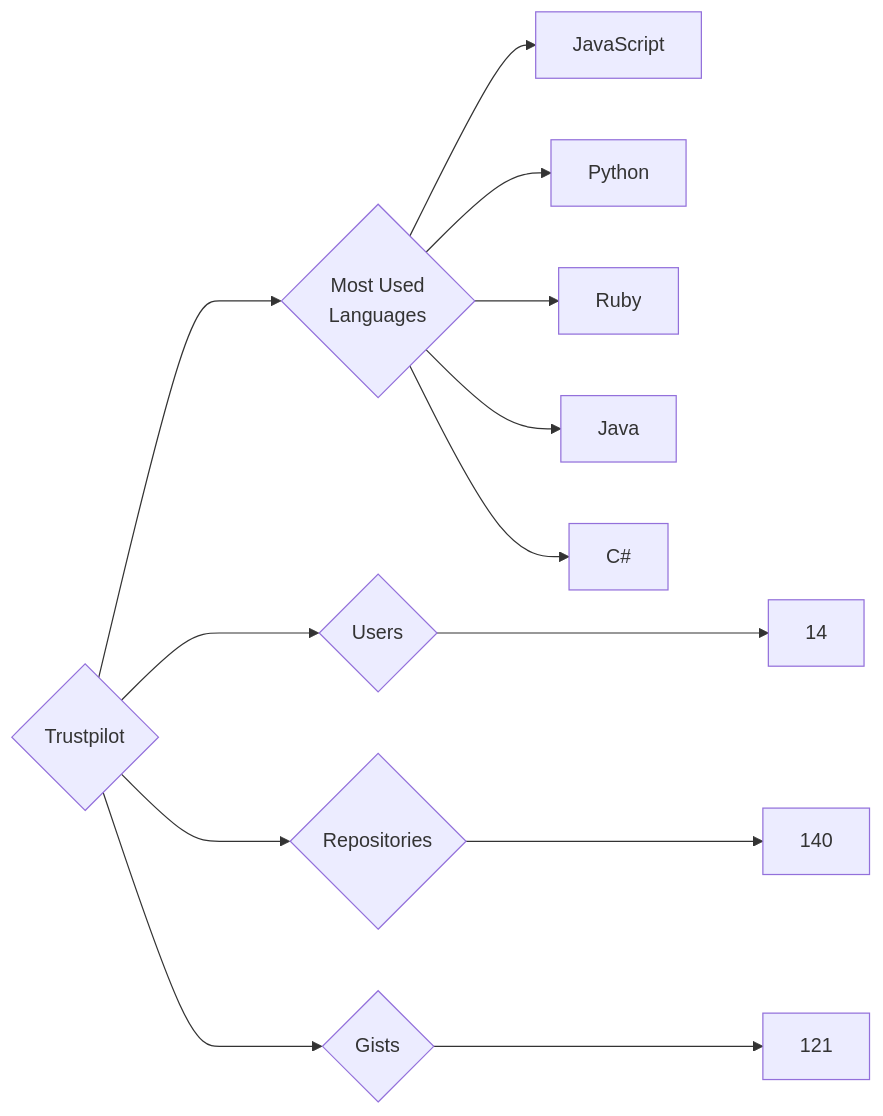
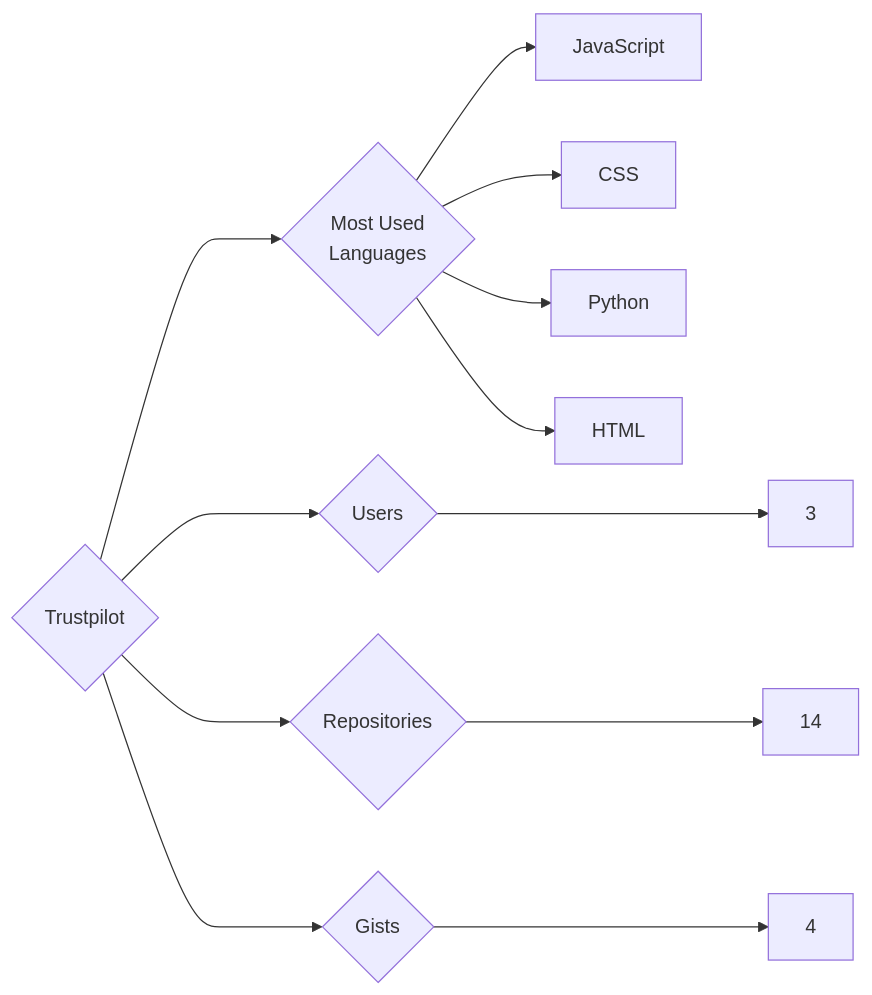
One commit to trickest/insiders changed the diagram in targets/Trustpilot/README.md. Above: the diagram before and after it, drawn with Mermaid. The commit also changed 1496 other files, not shown here.

````diff
--- a/targets/Trustpilot/README.md
+++ b/targets/Trustpilot/README.md
@@ -3,13 +3,12 @@
 ```mermaid
 graph LR
 COMPANY_NAME{Trustpilot}
-COMPANY_NAME ---> U{Users} ---> UN[14]
-COMPANY_NAME ---> R{Repositories} ---> RN[140]
-COMPANY_NAME ---> G{Gists} ---> GN[121]
+COMPANY_NAME ---> U{Users} ---> UN[3]
+COMPANY_NAME ---> R{Repositories} ---> RN[14]
+COMPANY_NAME ---> G{Gists} ---> GN[4]
 COMPANY_NAME ---> ML{Most Used<br>Languages}
 ML --> JavaScript[JavaScript]
+ML --> CSS[CSS]
 ML --> Python[Python]
-ML --> Ruby[Ruby]
-ML --> Java[Java]
-ML --> C#[C#]
+ML --> HTML[HTML]
 ```
````
